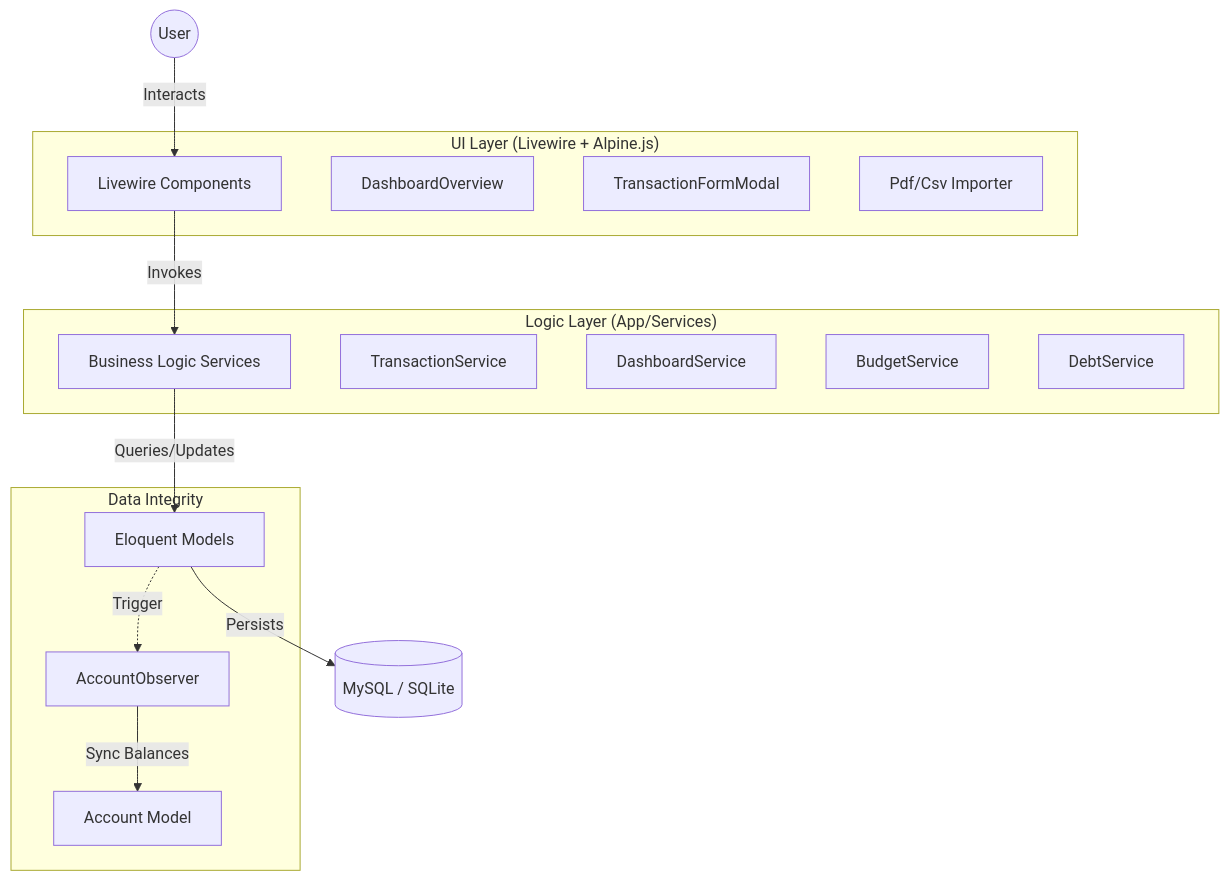
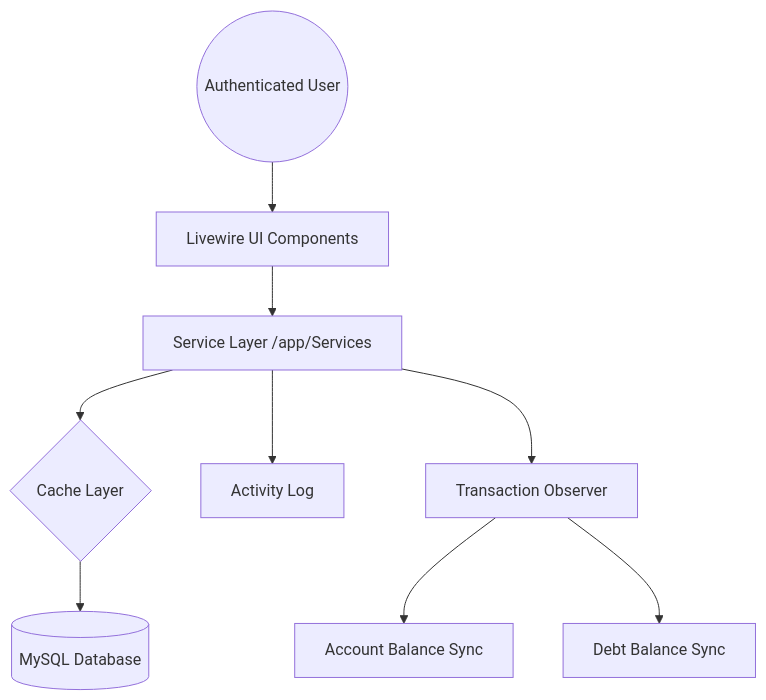
One commit to sreeramp96/trackmyexpenses changed the diagram in README.md. Above: the diagram before and after it, drawn with Mermaid. The commit also changed other lines of this file, not shown here.

Commit message:
feat: Revise README for clarity and structure; enhance architectural overview and core features

````diff
--- a/README.md
+++ b/README.md
@@ -13,28 +39,11 @@
 ```mermaid
 graph TD
-    User((User)) -->|Interacts| LW[Livewire Components]
-    LW -->|Invokes| SVC[Business Logic Services]
-    SVC -->|Queries/Updates| MDLS[Eloquent Models]
-    MDLS -->|Persists| DB[(MySQL / SQLite)]
-
-    subgraph "UI Layer (Livewire + Alpine.js)"
-        LW
-        DASH[DashboardOverview]
-        FORM[TransactionFormModal]
-        IMP[Pdf/Csv Importer]
-    end
-
-    subgraph "Logic Layer (App/Services)"
-        SVC
-        TSVC[TransactionService]
-        DSVC[DashboardService]
-        BSVC[BudgetService]
-        DEBTSVC[DebtService]
-    end
-
-    subgraph "Data Integrity"
-        OBS[AccountObserver]
-        MDLS -.->|Trigger| OBS
-        OBS -->|Sync Balances| ACCT[Account Model]
-    end
+    User((Authenticated User)) --> UI[Livewire UI Components]
+    UI --> Service[Service Layer /app/Services]
+    Service --> Cache{Cache Layer}
+    Cache --> DB[(MySQL Database)]
+    Service --> Audit[Activity Log]
+    Service --> Observer[Transaction Observer]
+    Observer --> Balance[Account Balance Sync]
+    Observer --> Debt[Debt Balance Sync]
 ```
````
